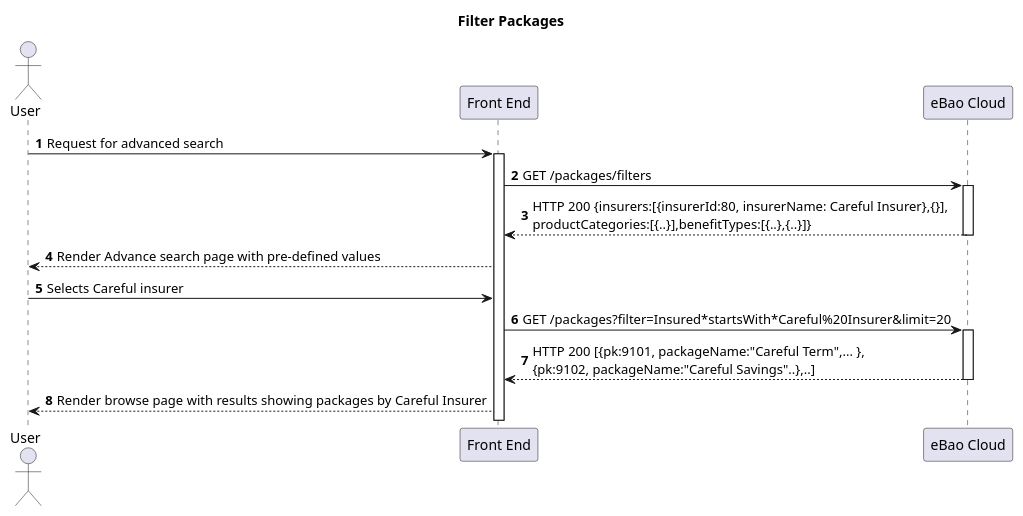
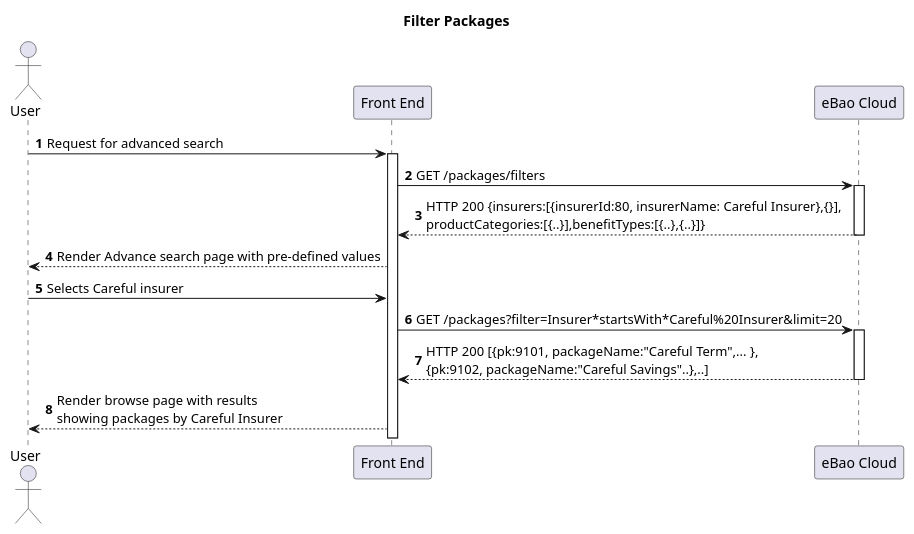
The second of 12 diagrams in markdown/products-2.md (yitchoong/cloudapi), drawn with PlantUML before and after one commit. The commit also changed other lines of this file and 5 other files, not shown here.

````diff
--- a/markdown/products-2.md
+++ b/markdown/products-2.md
@@ -165,21 +171,21 @@
 ```puml
 title **Filter Packages**
 actor "User" as user
 participant "Front End" as front
 participant "eBao Cloud" as ebao
 autonumber
 
 user -> front : Request for advanced search
 activate front
 front -> ebao : GET /packages/filters
 activate ebao
 ebao --> front : HTTP 200 {insurers:[{insurerId:80, insurerName: Careful Insurer},{}], \nproductCategories:[{..}],benefitTypes:[{..},{..}]}
 deactivate ebao
 front --> user : Render Advance search page with pre-defined values
 user -> front : Selects Careful insurer
-front -> ebao : GET /packages?filter=Insured*startsWith*Careful%20Insurer&limit=20
+front -> ebao : GET /packages?filter=Insurer*startsWith*Careful%20Insurer&limit=20
 activate ebao
 ebao --> front : HTTP 200 [{pk:9101, packageName:"Careful Term",... },\n{pk:9102, packageName:"Careful Savings"..},..]
 deactivate ebao
-front --> user : Render browse page with results showing packages by Careful Insurer
+front --> user : Render browse page with results \nshowing packages by Careful Insurer
 ```
````
